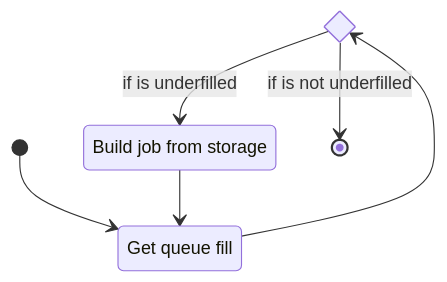
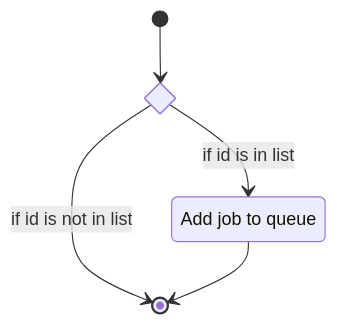
Before and after one commit to Uiowa-Applied-Topology/web_API: the sixth of 8 diagrams in docs/unit_description/internal/job_queue.md, drawn with Mermaid. The commit also changed other lines of this file and 44 other files, not shown here.

````diff
--- a/docs/unit_description/internal/job_queue.md
+++ b/docs/unit_description/internal/job_queue.md
@@ -68,14 +99,11 @@
 ```mermaid
-
 
 stateDiagram-v2
 
     state if_state <<choice>>
-    state "Get queue fill" as staleChk
-    state "Build job from storage" as setNew
-    [*] --> staleChk
-    staleChk --> if_state
-    if_state --> setNew: if is underfilled
-    if_state --> [*] : if is not underfilled
-    setNew --> staleChk
+    state "Add job to queue" as setNew
+    [*] -->  if_state
+    if_state --> setNew: if id is in list
+    if_state --> [*] : if id is not in list
+    setNew --> [*]
 ```
````
